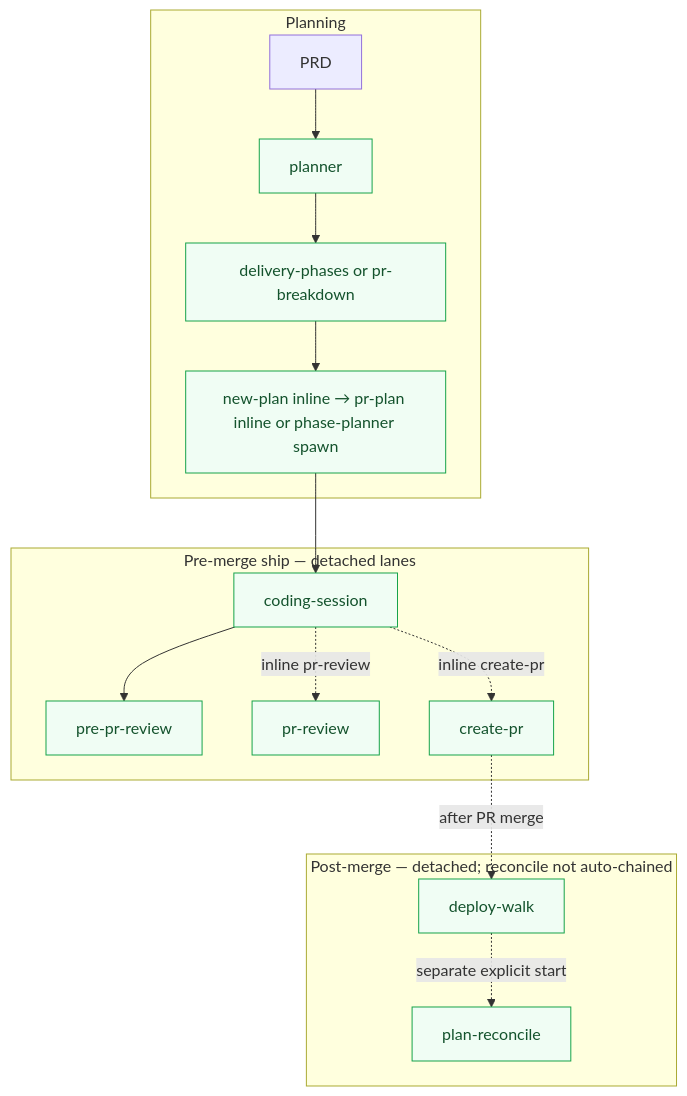
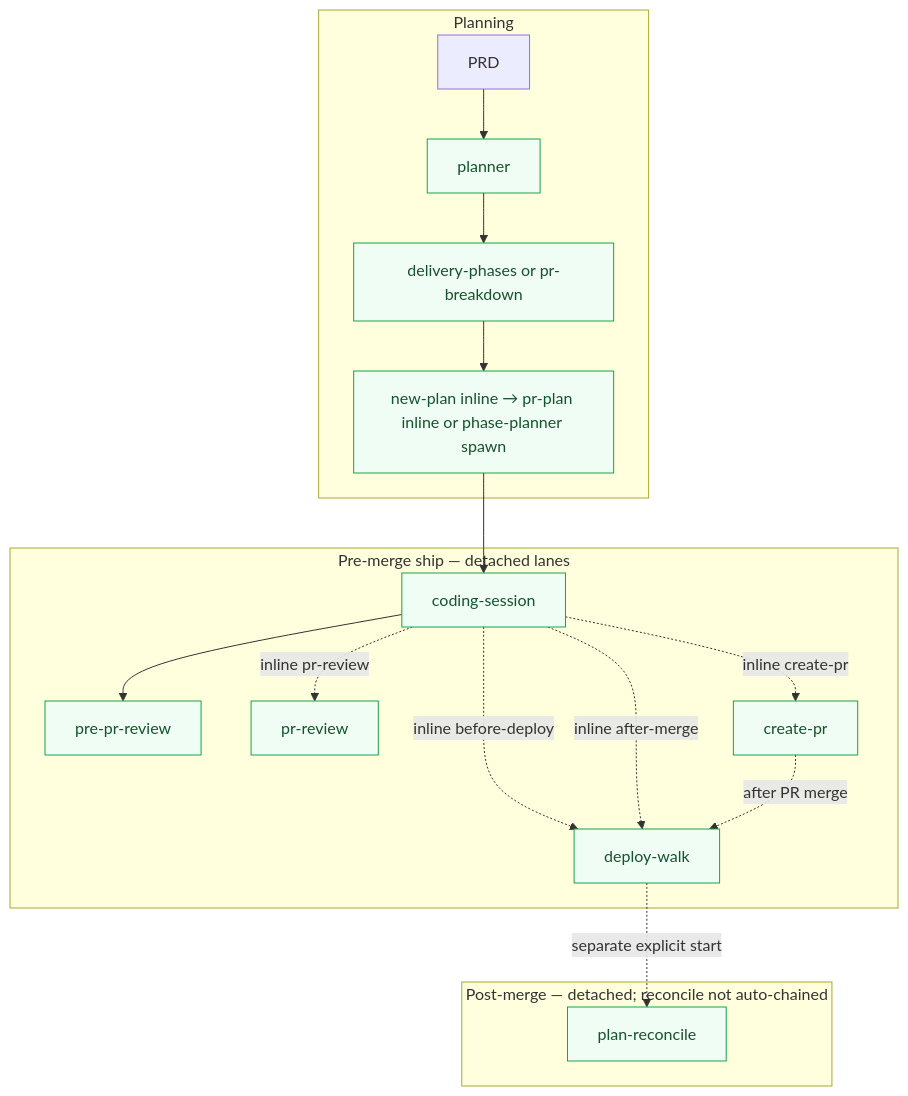
Before and after one commit to safebeat-sedea/research-and-development: the first of 3 diagrams in missions/plan-and-deliver/plan.mdc, drawn with Mermaid. The commit also changed other lines of this file and 7 other files, not shown here.

First line of the commit message:
Run deploy-walk inline on the coding-session lane instead of spawning a child.

````diff
--- a/missions/plan-and-deliver/plan.mdc
+++ b/missions/plan-and-deliver/plan.mdc
@@ -18,27 +18,29 @@
 ```mermaid
 flowchart TB
   classDef branch fill:#f0fdf4,stroke:#16a34a,color:#14532d
 
   subgraph plan["Planning"]
     PRD[PRD] --> MPB[planner]:::branch
     MPB --> DEC[delivery-phases or pr-breakdown]:::branch
     DEC --> CHILD[new-plan inline → pr-plan inline or phase-planner spawn]:::branch
   end
 
   subgraph pre["Pre-merge ship — detached lanes"]
     CSB[coding-session]:::branch
     PPRB[pre-pr-review]:::branch
     REVB[pr-review]:::branch
     CHILD --> CSB
+    CSB -.->|inline before-deploy| DWB
     CSB --> PPRB
     CSB -.->|inline create-pr| CPRB[create-pr]:::branch
     CSB -.->|inline pr-review| REVB
   end
 
   subgraph post["Post-merge — detached; reconcile not auto-chained"]
+    RECB[plan-reconcile]:::branch
+    CSB -.->|inline after-merge| DWB
     DWB[deploy-walk]:::branch
-    RECB[plan-reconcile]:::branch
     CPRB -.->|after PR merge| DWB
     DWB -.->|separate explicit start| RECB
   end
 ```
````
